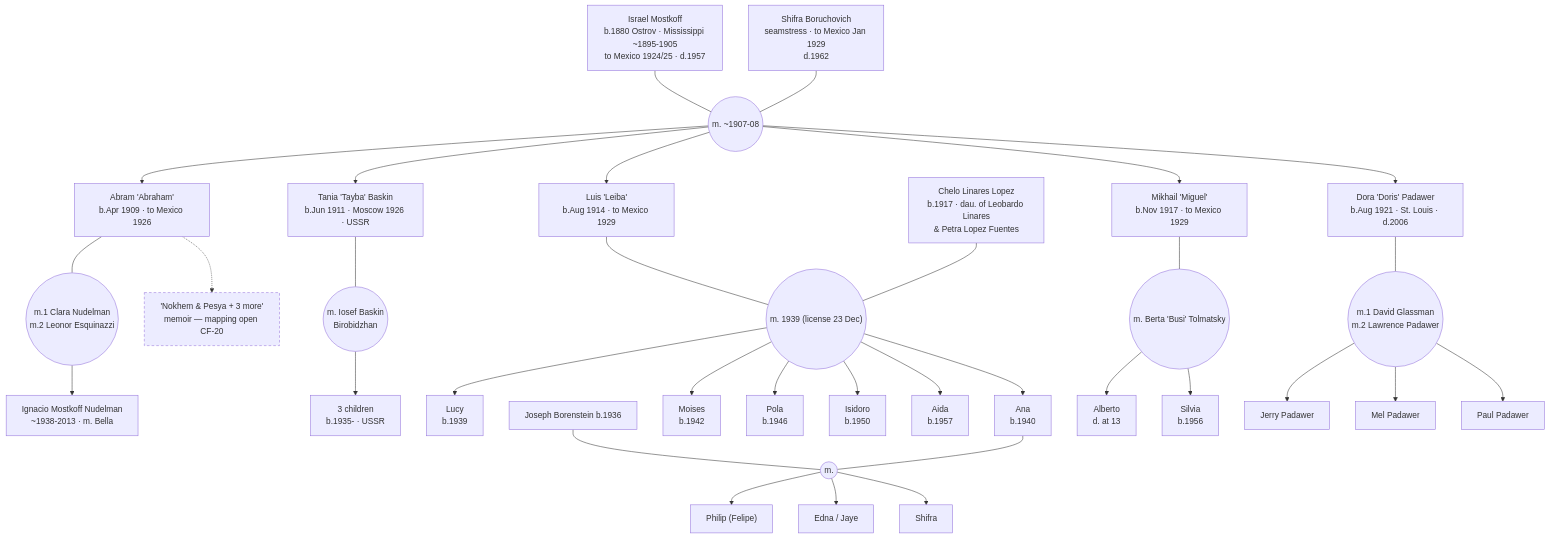
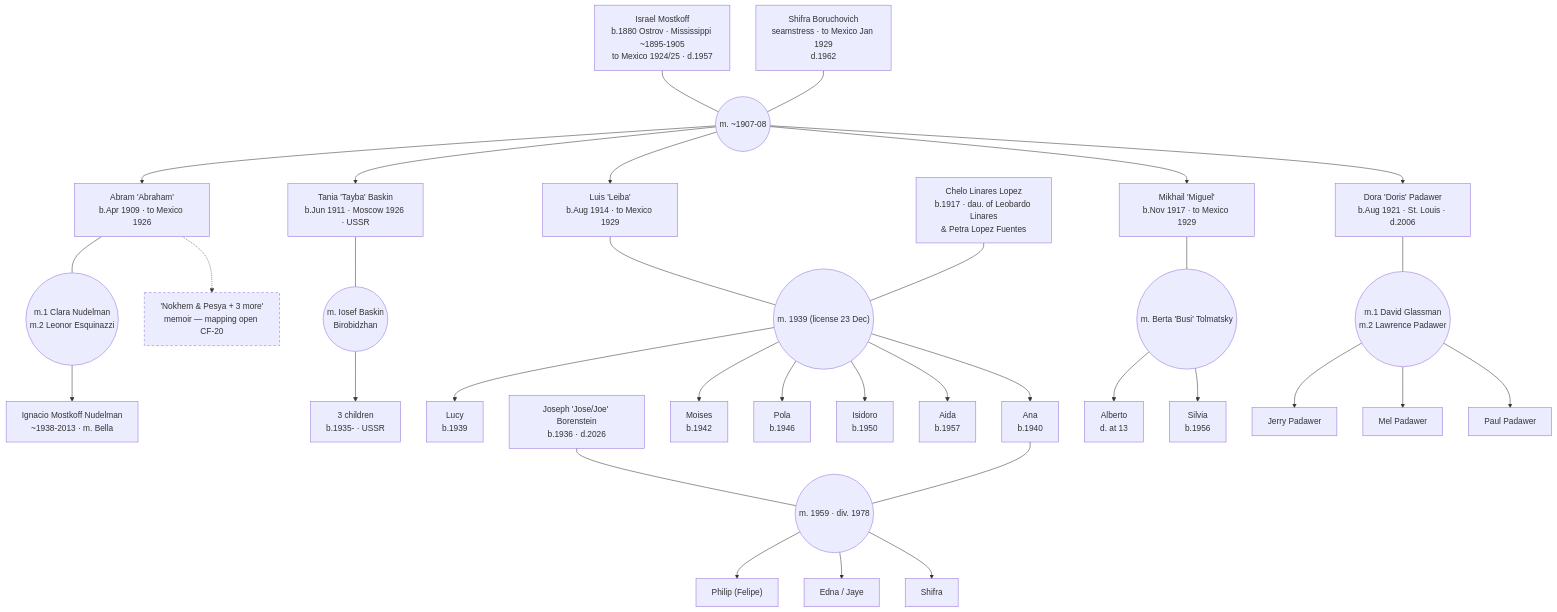
One commit to pborenstein/geneaology changed the fourth of 5 diagrams in data/family-tree.md. Above: the diagram before and after it, drawn with Mermaid. The commit also changed other lines of this file and 3 other files, not shown here.

````diff
--- a/data/family-tree.md
+++ b/data/family-tree.md
@@ -150,43 +150,43 @@
 ```mermaid
 graph TD
     B04["Israel Mostkoff<br/>b.1880 Ostrov · Mississippi ~1895-1905<br/>to Mexico 1924/25 · d.1957"] --- MB0406(("m. ~1907-08"))
     C06["Shifra Boruchovich<br/>seamstress · to Mexico Jan 1929<br/>d.1962"] --- MB0406
     MB0406 --> B10["Abram 'Abraham'<br/>b.Apr 1909 · to Mexico 1926"]
     MB0406 --> B11["Tania 'Tayba' Baskin<br/>b.Jun 1911 · Moscow 1926 · USSR"]
     MB0406 --> B12["Luis 'Leiba'<br/>b.Aug 1914 · to Mexico 1929"]
     MB0406 --> B13["Mikhail 'Miguel'<br/>b.Nov 1917 · to Mexico 1929"]
     MB0406 --> B14["Dora 'Doris' Padawer<br/>b.Aug 1921 · St. Louis · d.2006"]
 
     B10 --- MB10C(("m.1 Clara Nudelman<br/>m.2 Leonor Esquinazzi"))
     MB10C --> B22["Ignacio Mostkoff Nudelman<br/>~1938-2013 · m. Bella"]
     B10 -.-> ABRAMKIDS["'Nokhem & Pesya + 3 more'<br/>memoir — mapping open CF-20"]
 
     B11 --- MB11B(("m. Iosef Baskin<br/>Birobidzhan"))
     MB11B --> TANIAKIDS["3 children<br/>b.1935- · USSR"]
 
     B12 --- MB1215(("m. 1939 (license 23 Dec)"))
     B15["Chelo Linares Lopez<br/>b.1917 · dau. of Leobardo Linares<br/>& Petra Lopez Fuentes"] --- MB1215
     MB1215 --> B16["Lucy<br/>b.1939"]
     MB1215 --> B17["Ana<br/>b.1940"]
     MB1215 --> B18["Moises<br/>b.1942"]
     MB1215 --> B19["Pola<br/>b.1946"]
     MB1215 --> B20["Isidoro<br/>b.1950"]
     MB1215 --> B21["Aida<br/>b.1957"]
 
-    A18["Joseph Borenstein b.1936"] --- MA1817(("m."))
+    A18["Joseph 'Jose/Joe' Borenstein<br/>b.1936 · d.2026"] --- MA1817(("m. 1959 · div. 1978"))
     B17 --- MA1817
     MA1817 --> PHILIP["Philip (Felipe)"]
     MA1817 --> EDNA["Edna / Jaye"]
     MA1817 --> SHIFRA["Shifra"]
 
     B13 --- MB13B(("m. Berta 'Busi' Tolmatsky"))
     MB13B --> ALBERTO["Alberto<br/>d. at 13"]
     MB13B --> SILVIA["Silvia<br/>b.1956"]
 
     B14 --- MB14G(("m.1 David Glassman<br/>m.2 Lawrence Padawer"))
     MB14G --> JERRY["Jerry Padawer"]
     MB14G --> MEL["Mel Padawer"]
     MB14G --> PAUL["Paul Padawer"]
 
     style ABRAMKIDS stroke-dasharray:5 4
 ```
````
